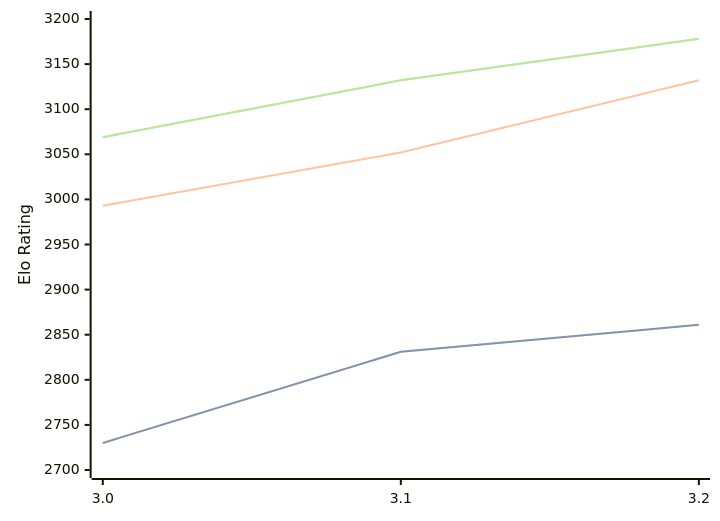
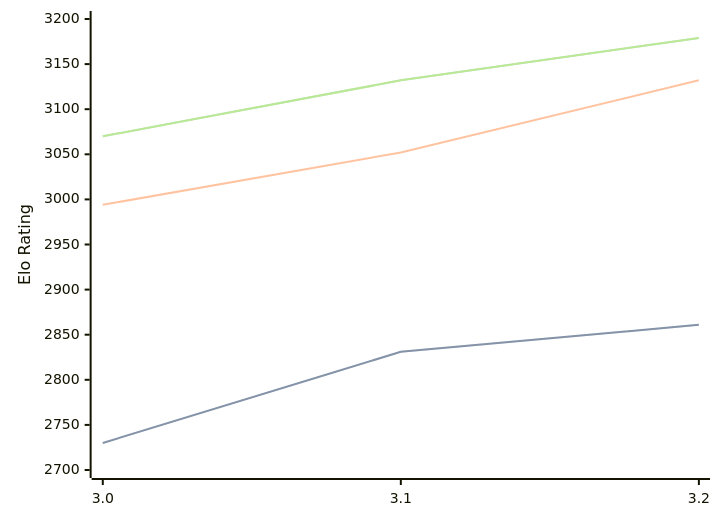
One commit to computer-chess-index/cci changed the diagram in engines/Vajolet2.md. Above: the diagram before and after it, drawn with Mermaid. The commit also changed other lines of this file, not shown here.

Commit message:
Update CCI Ratings (ELO VLTC) - 2026-09-09

````diff
--- a/engines/Vajolet2.md
+++ b/engines/Vajolet2.md
@@ -33,11 +33,11 @@
 ```mermaid
 %%{init: {"theme":"base","themeVariables":{"seriesColors:['#a3a3a3','#222221','#faa371']}}}%%
 xychart-beta
   x-axis ["3.0", "3.1", "3.2"]
   y-axis "Elo Rating" 2700 --> 3200
   line "" [2730, 2831, 2861]
   line "STC (8.0+0.08s)" [2730, 2831, 2861]
-  line "LTC (60.0+0.60s)" [2993, 3052, 3132]
-  line "" [3069, 3132, 3178]
-  line "VLTC (2m24s+1.12s)" [3069, 3132, 3178]
+  line "LTC (60.0+0.60s)" [2994, 3052, 3132]
+  line "" [3070, 3132, 3179]
+  line "VLTC (2m24s+1.12s)" [3070, 3132, 3179]
 ```
````
